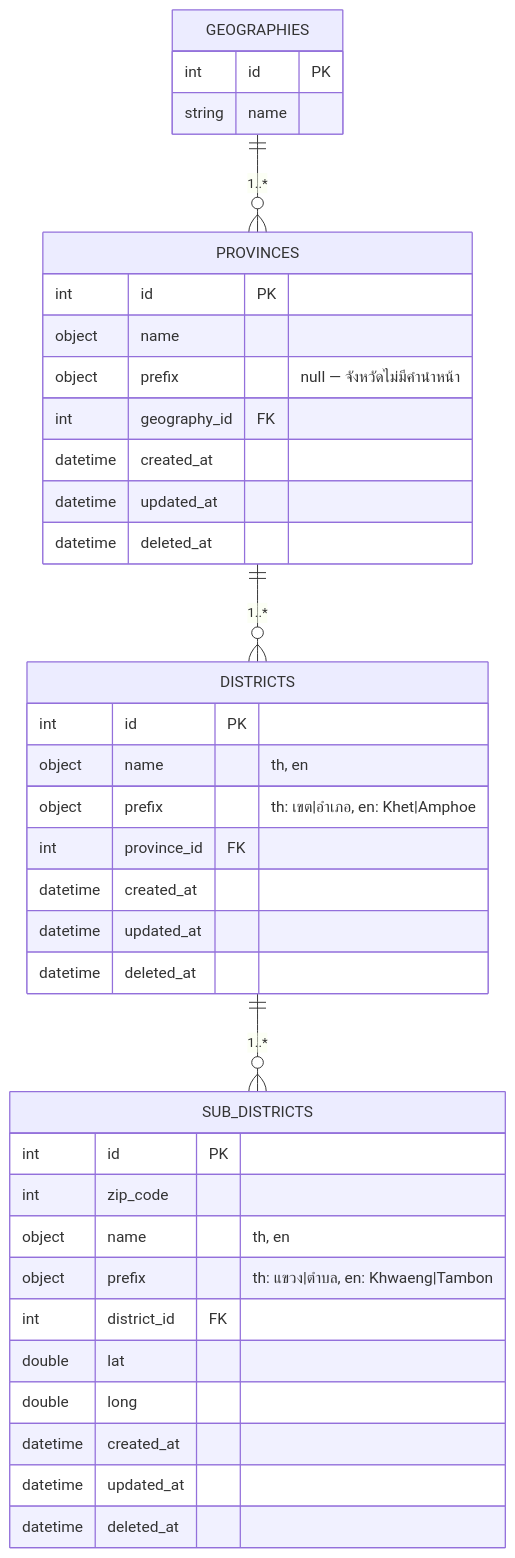
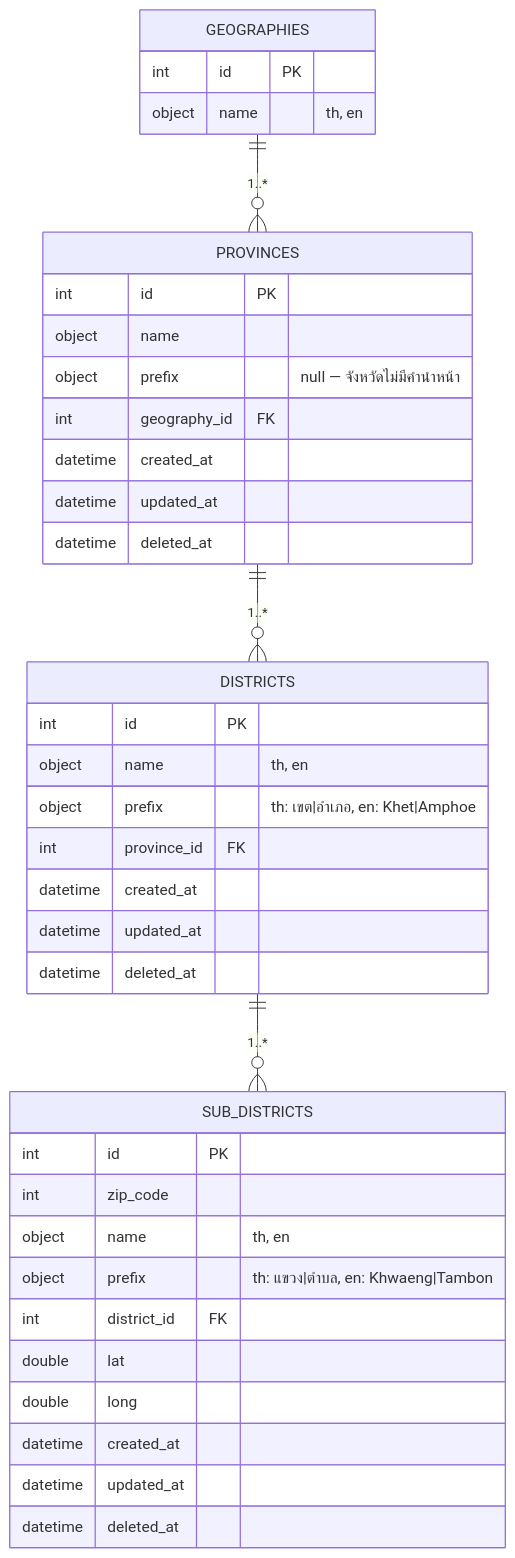
The diagram in docs/diagram.md (kongvut/thai-province-data), drawn with Mermaid before and after one commit. The commit also changed other lines of this file and 12 other files, not shown here.

First line of the commit message:
feat(geography): nest name as {th, en} for schema consistency (v3.1)

````diff
--- a/docs/diagram.md
+++ b/docs/diagram.md
@@ -5,41 +5,41 @@
 ```mermaid
 erDiagram
     GEOGRAPHIES {
         int id PK
-        string name
+        object name "th, en"
     }
     PROVINCES {
         int id PK
         object name
         object prefix "null — จังหวัดไม่มีคำนำหน้า"
         int geography_id FK
         datetime created_at
         datetime updated_at
         datetime deleted_at
     }
     DISTRICTS {
         int id PK
         object name "th, en"
         object prefix "th: เขต|อำเภอ, en: Khet|Amphoe"
         int province_id FK
         datetime created_at
         datetime updated_at
         datetime deleted_at
     }
     SUB_DISTRICTS {
         int id PK
         int zip_code
         object name "th, en"
         object prefix "th: แขวง|ตำบล, en: Khwaeng|Tambon"
         int district_id FK
         double lat
         double long
         datetime created_at
         datetime updated_at
         datetime deleted_at
     }
 
     GEOGRAPHIES ||--o{ PROVINCES   : "1..*"
     PROVINCES     ||--o{ DISTRICTS : "1..*"
     DISTRICTS     ||--o{ SUB_DISTRICTS : "1..*"
 ```
````
